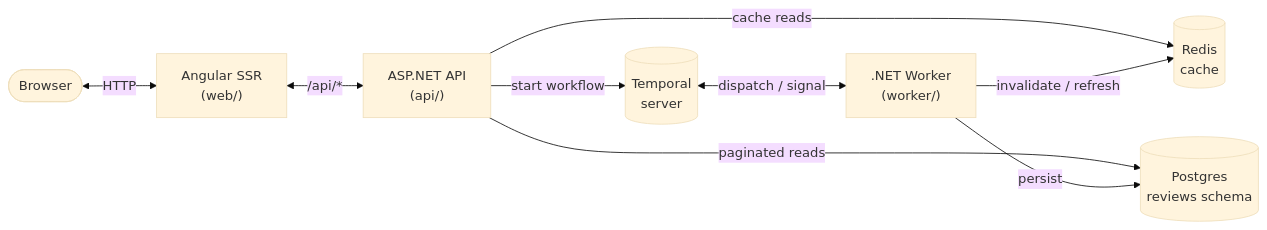
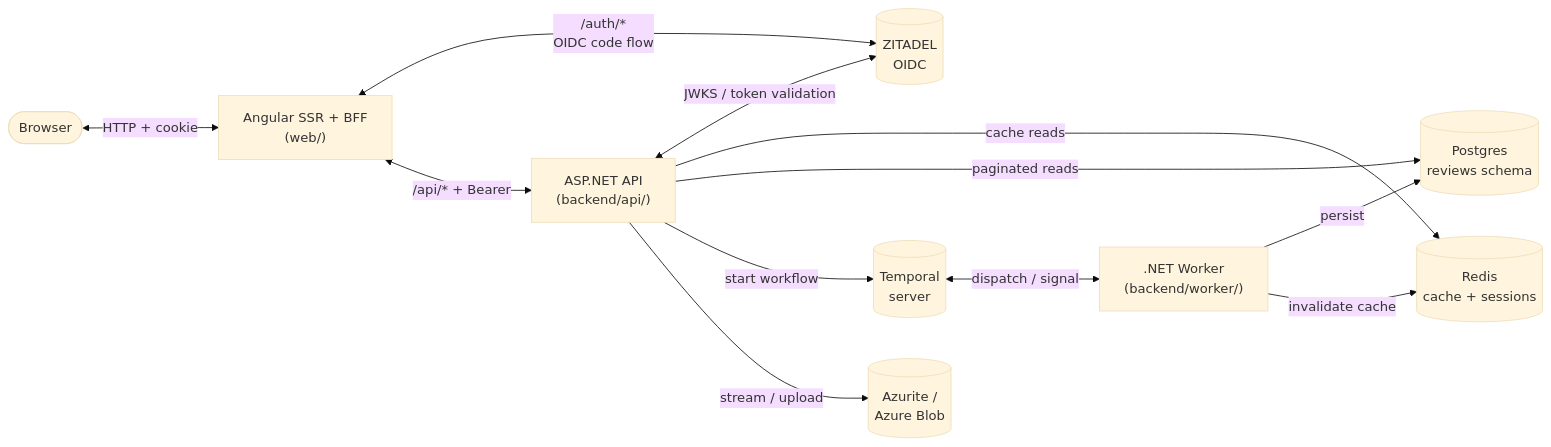
The first of 12 diagrams in docs/flows.md (KaliCZ/reviews), drawn with Mermaid (base theme) before and after one commit. The commit also changed other lines of this file and 1 other file, not shown here.

First line of the commit message:
Rewrite docs/flows.md to match current behavior; add 5 missing flows

````diff
--- a/docs/flows.md
+++ b/docs/flows.md
@@ -7,19 +7,24 @@
 ```mermaid
 flowchart LR
     Browser([Browser])
-    SSR["Angular SSR<br/>(web/)"]
-    API["ASP.NET API<br/>(api/)"]
-    Worker[".NET Worker<br/>(worker/)"]
+    SSR["Angular SSR + BFF<br/>(web/)"]
+    API["ASP.NET API<br/>(backend/api/)"]
+    Worker[".NET Worker<br/>(backend/worker/)"]
     Temporal[(Temporal<br/>server)]
     Postgres[(Postgres<br/>reviews schema)]
-    Redis[(Redis<br/>cache)]
+    Redis[(Redis<br/>cache + sessions)]
+    Blob[(Azurite /<br/>Azure Blob)]
+    ZITADEL[(ZITADEL<br/>OIDC)]
 
-    Browser <-->|HTTP| SSR
-    SSR <-->|/api/*| API
+    Browser <-->|HTTP + cookie| SSR
+    SSR <-->|/auth/*<br/>OIDC code flow| ZITADEL
+    SSR <-->|/api/* + Bearer| API
+    API <-->|JWKS / token validation| ZITADEL
     API -->|cache reads| Redis
     API -->|paginated reads| Postgres
     API -->|start workflow| Temporal
+    API -->|stream / upload| Blob
     Temporal <-->|dispatch / signal| Worker
     Worker -->|persist| Postgres
-    Worker -->|invalidate / refresh| Redis
+    Worker -->|invalidate cache| Redis
 ```
````
